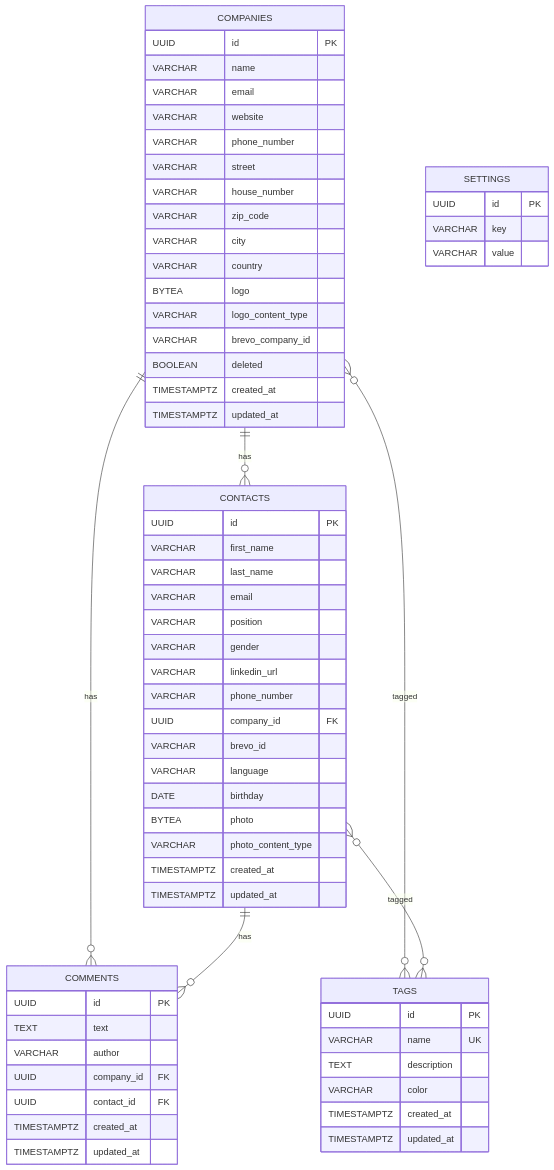
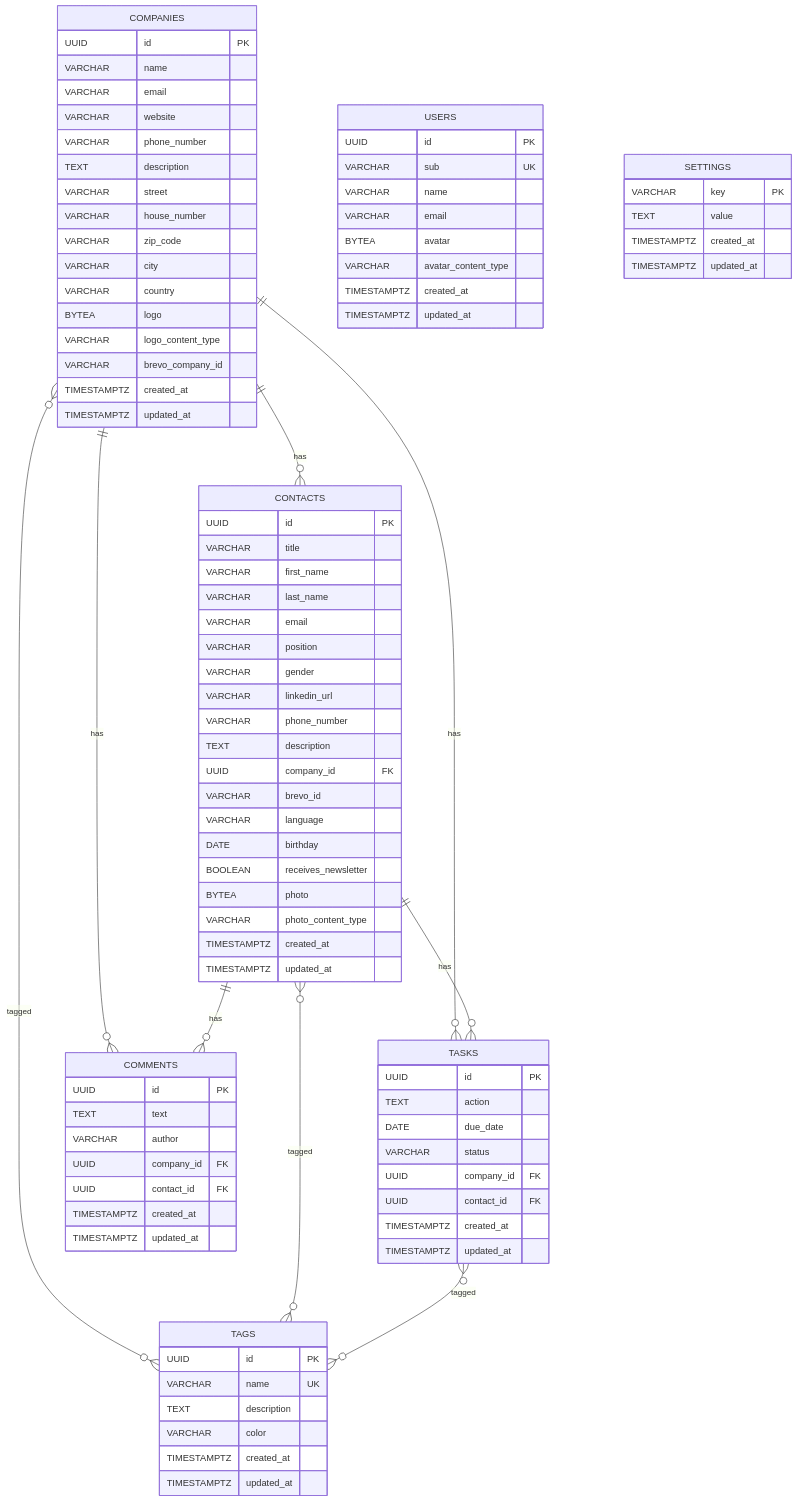
The second of 2 diagrams in .claude/conventions/project-specific/project-architecture.md (OpenElementsLabs/open-crm), drawn with Mermaid before and after one commit. The commit also changed other lines of this file and 3 other files, not shown here.

````diff
--- a/.claude/conventions/project-specific/project-architecture.md
+++ b/.claude/conventions/project-specific/project-architecture.md
@@ -39,6 +39,7 @@
         VARCHAR email
         VARCHAR website
         VARCHAR phone_number
+        TEXT description
         VARCHAR street
         VARCHAR house_number
         VARCHAR zip_code
@@ -47,12 +48,12 @@
         BYTEA logo
         VARCHAR logo_content_type
         VARCHAR brevo_company_id
-        BOOLEAN deleted
         TIMESTAMPTZ created_at
         TIMESTAMPTZ updated_at
     }
     CONTACTS {
         UUID id PK
+        VARCHAR title
         VARCHAR first_name
         VARCHAR last_name
         VARCHAR email
@@ -60,12 +61,24 @@
         VARCHAR gender
         VARCHAR linkedin_url
         VARCHAR phone_number
+        TEXT description
         UUID company_id FK
         VARCHAR brevo_id
         VARCHAR language
         DATE birthday
+        BOOLEAN receives_newsletter
         BYTEA photo
         VARCHAR photo_content_type
+        TIMESTAMPTZ created_at
+        TIMESTAMPTZ updated_at
+    }
+    TASKS {
+        UUID id PK
+        TEXT action
+        DATE due_date
+        VARCHAR status
+        UUID company_id FK
+        UUID contact_id FK
         TIMESTAMPTZ created_at
         TIMESTAMPTZ updated_at
     }
@@ -78,11 +91,6 @@
         TIMESTAMPTZ created_at
         TIMESTAMPTZ updated_at
     }
-    SETTINGS {
-        UUID id PK
-        VARCHAR key
-        VARCHAR value
-    }
     TAGS {
         UUID id PK
         VARCHAR name UK
@@ -91,9 +99,28 @@
         TIMESTAMPTZ created_at
         TIMESTAMPTZ updated_at
     }
+    USERS {
+        UUID id PK
+        VARCHAR sub UK
+        VARCHAR name
+        VARCHAR email
+        BYTEA avatar
+        VARCHAR avatar_content_type
+        TIMESTAMPTZ created_at
+        TIMESTAMPTZ updated_at
+    }
+    SETTINGS {
+        VARCHAR key PK
+        TEXT value
+        TIMESTAMPTZ created_at
+        TIMESTAMPTZ updated_at
+    }
     COMPANIES ||--o{ CONTACTS : "has"
     COMPANIES ||--o{ COMMENTS : "has"
+    COMPANIES ||--o{ TASKS : "has"
     CONTACTS ||--o{ COMMENTS : "has"
+    CONTACTS ||--o{ TASKS : "has"
     COMPANIES }o--o{ TAGS : "tagged"
     CONTACTS }o--o{ TAGS : "tagged"
+    TASKS }o--o{ TAGS : "tagged"
 ```
````
